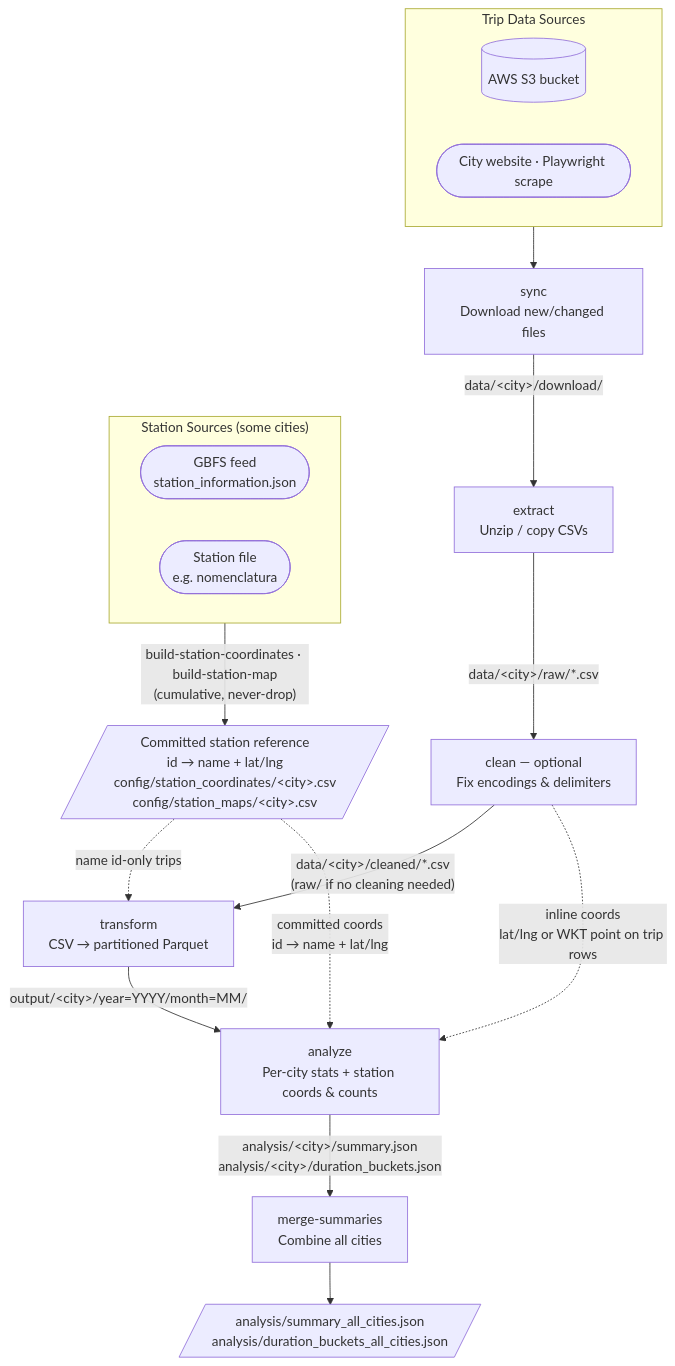
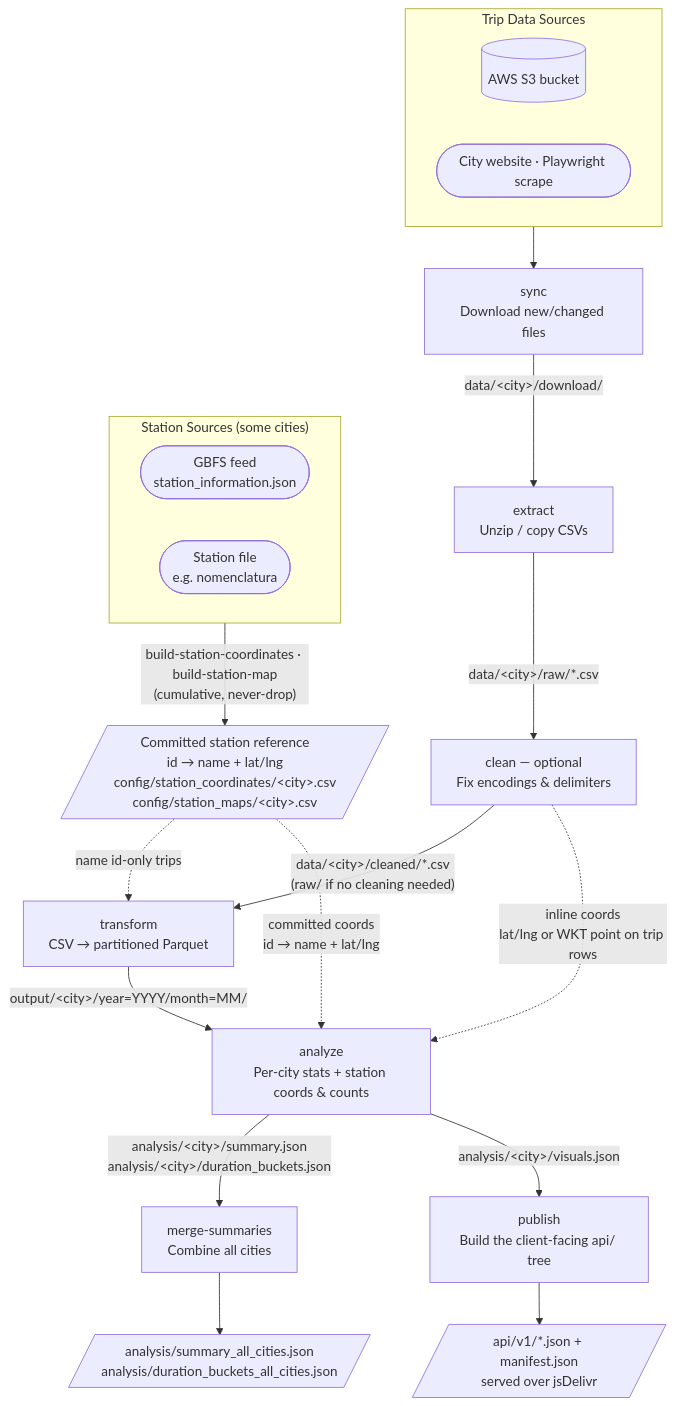
Before and after one commit to commanderking/citybikeshare: the diagram in README.md, drawn with Mermaid. The commit also changed other lines of this file and 11 other files, not shown here.

````diff
--- a/README.md
+++ b/README.md
@@ -9,37 +9,42 @@
 ```mermaid
 flowchart TD
     subgraph SOURCES["Trip Data Sources"]
         S3[("AWS S3 bucket")]
         WEB(["City website · Playwright scrape"])
     end
 
     subgraph STATIONSRC["Station Sources (some cities)"]
         GBFS(["GBFS feed\nstation_information.json"])
         SFILE(["Station file\ne.g. nomenclatura"])
     end
 
     SYNC["sync\nDownload new/changed files"]
     EXTRACT["extract\nUnzip / copy CSVs"]
     CLEAN["clean — optional\nFix encodings & delimiters"]
     TRANSFORM["transform\nCSV → partitioned Parquet"]
     ANALYZE["analyze\nPer-city stats + station coords & counts"]
     MERGE["merge-summaries\nCombine all cities"]
+    PUBLISH["publish\nBuild the client-facing api/ tree"]
 
     STATIONS[/"Committed station reference\nid → name + lat/lng\nconfig/station_coordinates/&lt;city&gt;.csv\nconfig/station_maps/&lt;city&gt;.csv"/]
 
     RESULT[/"analysis/summary_all_cities.json
 analysis/duration_buckets_all_cities.json"/]
+
+    API[/"api/v1/*.json + manifest.json\nserved over jsDelivr"/]
 
     SOURCES --> SYNC
     SYNC      -->|"data/&lt;city&gt;/download/"| EXTRACT
     EXTRACT   -->|"data/&lt;city&gt;/raw/*.csv"| CLEAN
     CLEAN     -->|"data/&lt;city&gt;/cleaned/*.csv\n(raw/ if no cleaning needed)"| TRANSFORM
     TRANSFORM -->|"output/&lt;city&gt;/year=YYYY/month=MM/"| ANALYZE
     ANALYZE   -->|"analysis/&lt;city&gt;/summary.json\nanalysis/&lt;city&gt;/duration_buckets.json"| MERGE
     MERGE     --> RESULT
+    ANALYZE   -->|"analysis/&lt;city&gt;/visuals.json"| PUBLISH
+    PUBLISH   --> API
 
     STATIONSRC -->|"build-station-coordinates · build-station-map\n(cumulative, never-drop)"| STATIONS
     STATIONS -.->|"name id-only trips"| TRANSFORM
     STATIONS -.->|"committed coords\nid → name + lat/lng"| ANALYZE
     CLEAN -.->|"inline coords\nlat/lng or WKT point on trip rows"| ANALYZE
 ```
````
